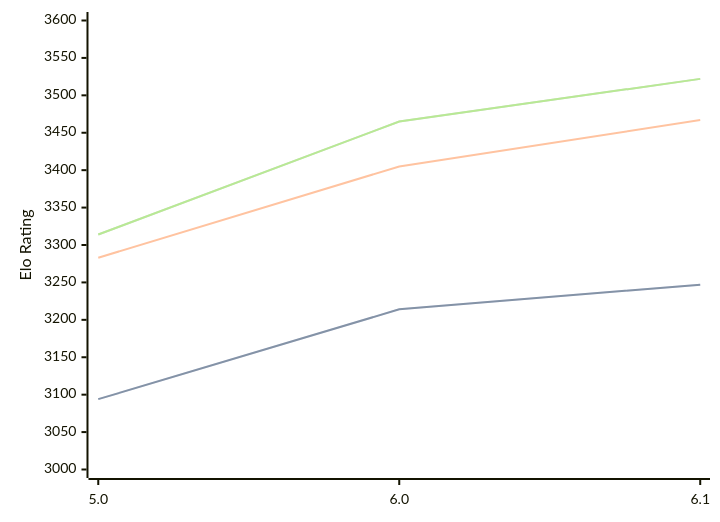
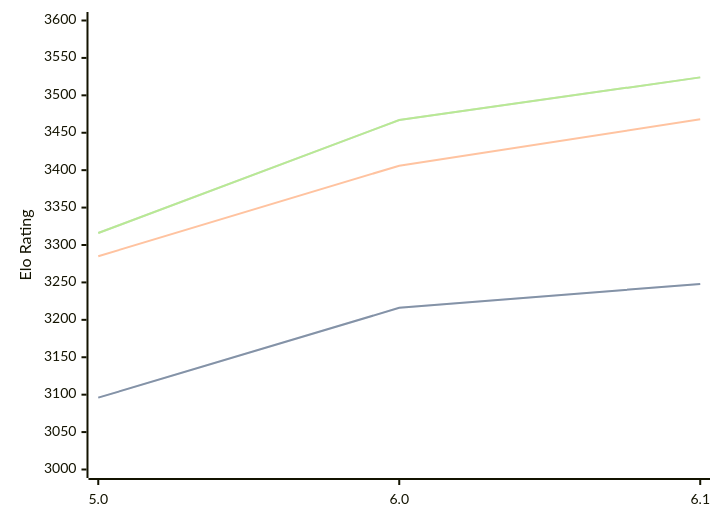
Before and after one commit to computer-chess-index/cci: the diagram in engines/PZChessBot.md, drawn with Mermaid. The commit also changed other lines of this file, not shown here.

Commit message:
Update CCI Ratings (ELO VLTC) - 2026-05-06

````diff
--- a/engines/PZChessBot.md
+++ b/engines/PZChessBot.md
@@ -42,11 +42,11 @@
 ```mermaid
 %%{init: {"theme":"base","themeVariables":{"seriesColors:['#a3a3a3','#222221','#faa371']}}}%%
 xychart-beta
   x-axis ["5.0", "6.0", "6.1"]
   y-axis "Elo Rating" 3000 --> 3600
-  line "STC (8.0+0.08s)" [3094, 3214, 3247]
-  line "STC (8.0+0.08s)" [3094, 3214, 3247]
-  line "LTC (60.0+0.60s)" [3283, 3405, 3467]
-  line "VLTC (2m24s+1.12s)" [3314, 3465, 3522]
-  line "VLTC (2m24s+1.12s)" [3314, 3465, 3522]
+  line "STC (8.0+0.08s)" [3096, 3216, 3248]
+  line "STC (8.0+0.08s)" [3096, 3216, 3248]
+  line "LTC (60.0+0.60s)" [3285, 3406, 3468]
+  line "VLTC (2m24s+1.12s)" [3316, 3467, 3524]
+  line "VLTC (2m24s+1.12s)" [3316, 3467, 3524]
 ```
````
